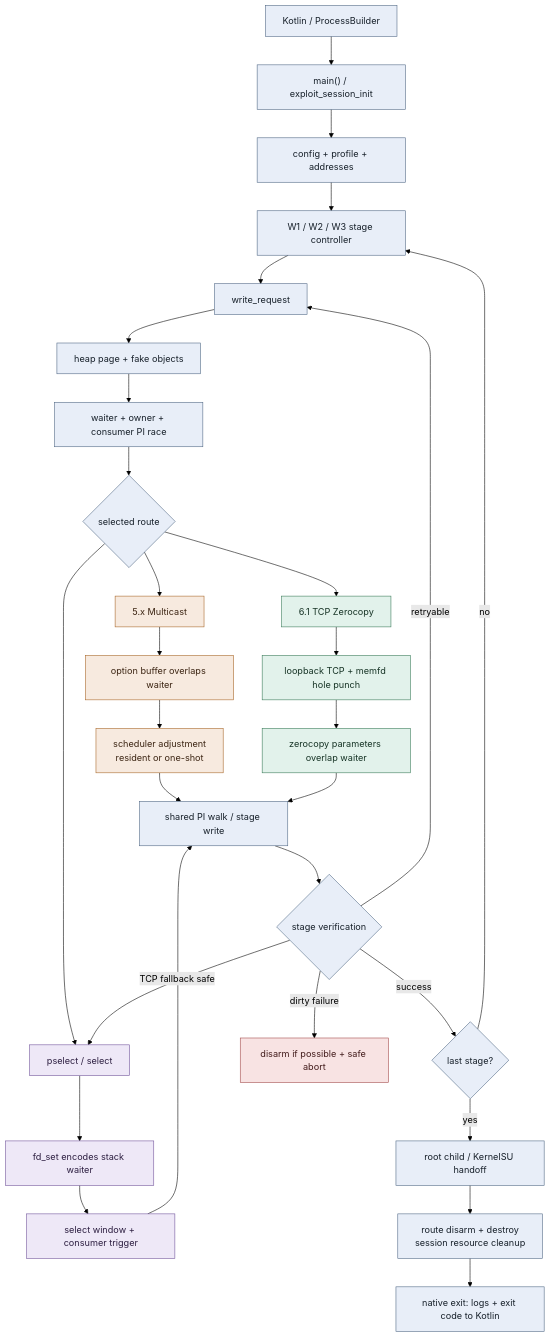
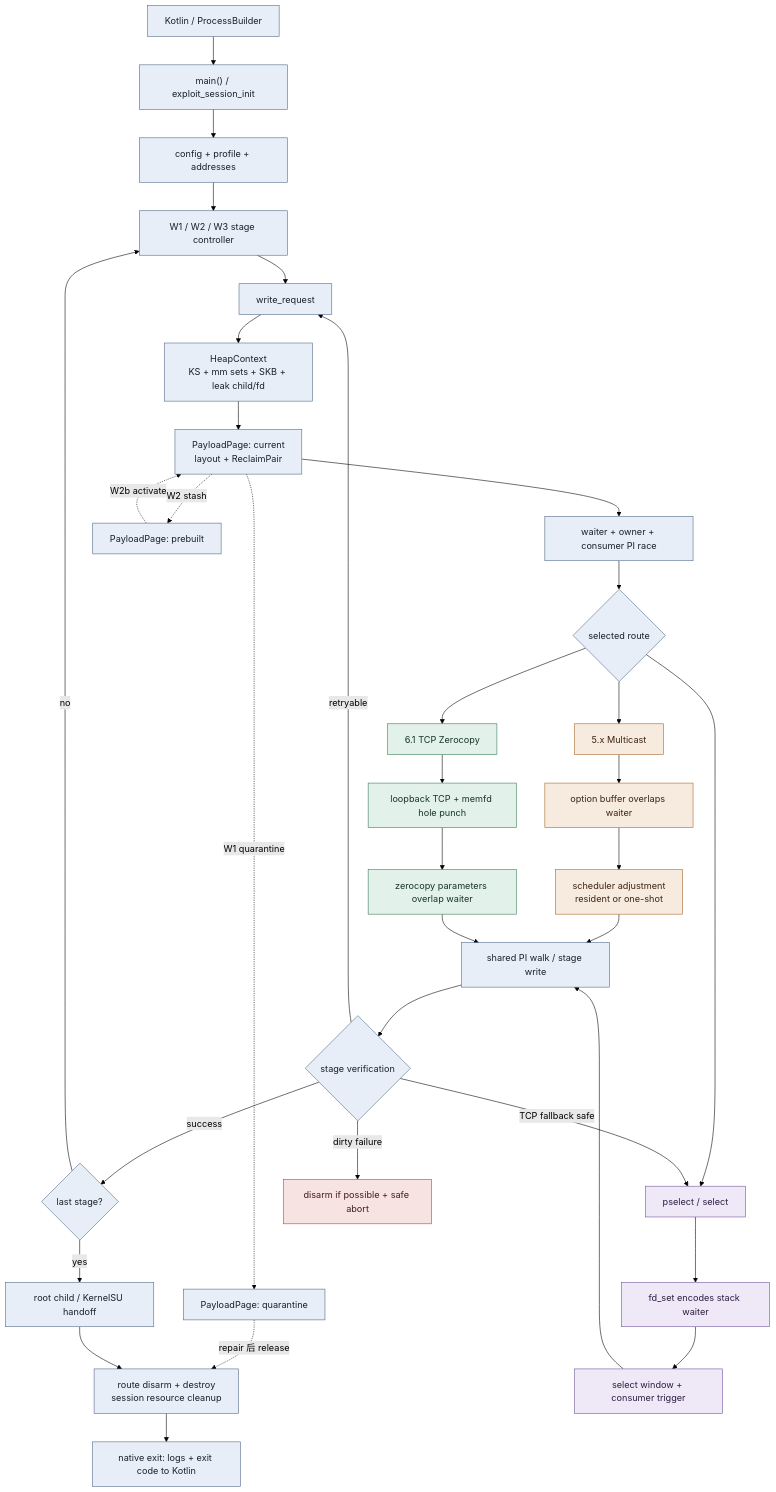
The first of 2 diagrams in analysis/native-decoupling-plan.md (YuKongA/ghostlock-app), drawn with Mermaid (forest theme) before and after one commit. The commit also changed other lines of this file and 2 other files, not shown here.

Commit message:
docs(native): record S09 device gate

````diff
--- a/analysis/native-decoupling-plan.md
+++ b/analysis/native-decoupling-plan.md
@@ -200,49 +200,54 @@
 ```mermaid
 flowchart TD
     Start["Kotlin / ProcessBuilder"] --> Main["main() / exploit_session_init"]
     Main --> Init["config + profile + addresses"]
     Init --> Stage["W1 / W2 / W3 stage controller"]
     Stage --> Request["write_request"]
-    Request --> Heap["heap page + fake objects"]
-    Heap --> Race["waiter + owner + consumer PI race"]
+    Request --> Heap["HeapContext<br/>KS + mm sets + SKB + leak child/fd"]
+    Heap --> Current["PayloadPage: current<br/>layout + ReclaimPair"]
+    Current --> Race["waiter + owner + consumer PI race"]
+    Current -. "W2 stash" .-> Prebuilt["PayloadPage: prebuilt"]
+    Prebuilt -. "W2b activate" .-> Current
+    Current -. "W1 quarantine" .-> Quarantine["PayloadPage: quarantine"]
+    Quarantine -. "repair 后 release" .-> Cleanup
     Race --> Choice{"selected route"}
 
     Choice --> MC1["5.x Multicast"]
     MC1 --> MC2["option buffer overlaps waiter"]
     MC2 --> MC3["scheduler adjustment<br/>resident or one-shot"]
 
     Choice --> TCP1["6.1 TCP Zerocopy"]
     TCP1 --> TCP2["loopback TCP + memfd hole punch"]
     TCP2 --> TCP3["zerocopy parameters overlap waiter"]
 
     Choice --> PS1["pselect / select"]
     PS1 --> PS2["fd_set encodes stack waiter"]
     PS2 --> PS3["select window + consumer trigger"]
 
     MC3 --> Write["shared PI walk / stage write"]
     TCP3 --> Write
     PS3 --> Write
     Write --> Verify{"stage verification"}
 
     Verify -->|success| Advance{"last stage?"}
     Verify -->|retryable| Request
     Verify -->|TCP fallback safe| PS1
     Verify -->|dirty failure| Abort["disarm if possible + safe abort"]
 
     Advance -->|no| Stage
     Advance -->|yes| Handoff["root child / KernelSU handoff"]
     Handoff --> Cleanup["route disarm + destroy<br/>session resource cleanup"]
     Cleanup --> End["native exit: logs + exit code to Kotlin"]
 
     classDef common fill:#e8eef8,stroke:#506784,color:#17202a;
     classDef multicast fill:#f7eadf,stroke:#a86628,color:#3b2412;
     classDef tcp fill:#e2f2eb,stroke:#397a58,color:#173426;
     classDef pselect fill:#eee8f7,stroke:#70539a,color:#2c1e40;
     classDef failure fill:#f8e3e3,stroke:#a24a4a,color:#421b1b;
 
-    class Start,Main,Init,Stage,Request,Heap,Race,Choice,Write,Verify,Advance,Handoff,Cleanup,End common;
+    class Start,Main,Init,Stage,Request,Heap,Current,Prebuilt,Quarantine,Race,Choice,Write,Verify,Advance,Handoff,Cleanup,End common;
     class MC1,MC2,MC3 multicast;
     class TCP1,TCP2,TCP3 tcp;
     class PS1,PS2,PS3 pselect;
     class Abort failure;
 ```
````
